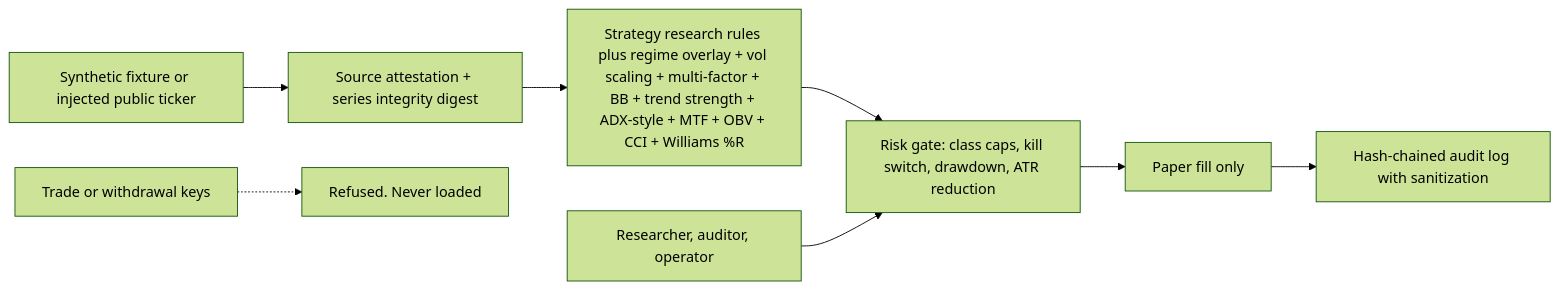
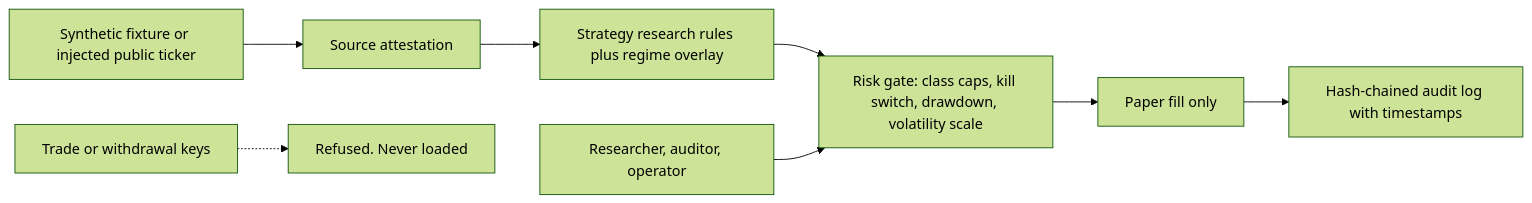
One commit to kkzee92/aixtech-crypto-intel changed the diagram in docs/security-architecture.md. Above: the diagram before and after it, drawn with Mermaid (forest theme). The commit also changed other lines of this file and 2 other files, not shown here.

First line of the commit message:
v0.3 code: expand security patterns and audit timestamps, add volatility scaling in risk gate, update strategies with stronger volume filters.

````diff
--- a/docs/security-architecture.md
+++ b/docs/security-architecture.md
@@ -7,10 +8,10 @@
 ```mermaid
 flowchart LR
-    F["Synthetic fixture or injected public ticker"] --> AT["Source attestation + series integrity digest"]
-    AT --> S["Strategy research rules plus regime overlay + vol scaling + multi-factor + BB + trend strength + ADX-style + MTF + OBV + CCI + Williams %R"]
-    S --> R["Risk gate: class caps, kill switch, drawdown, ATR reduction"]
+    F["Synthetic fixture or injected public ticker"] --> AT["Source attestation"]
+    AT --> S["Strategy research rules plus regime overlay"]
+    S --> R["Risk gate: class caps, kill switch, drawdown, volatility scale"]
     R --> P["Paper fill only"]
-    P --> A["Hash-chained audit log with sanitization"]
+    P --> A["Hash-chained audit log with timestamps"]
     K["Trade or withdrawal keys"] -.-> X["Refused. Never loaded"]
     RBAC["Researcher, auditor, operator"] --> R
 ```
````
